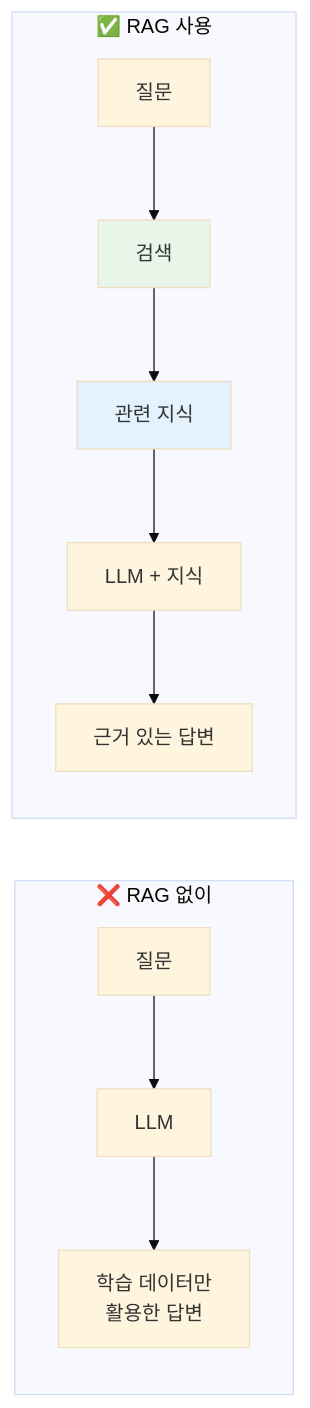
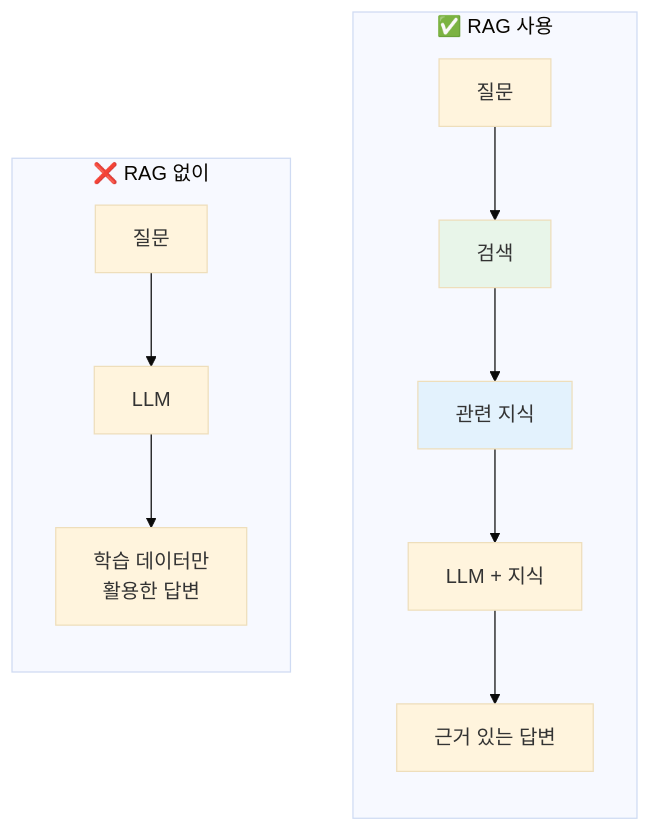
One commit to Gyeom/dev-notes changed the first of 10 diagrams in content/posts/2025-10-05-rag-system-design-guide.md. Above: the diagram before and after it, drawn with Mermaid (base theme). The commit also changed 1 other file, not shown here.

Commit message:
Update: Claude Flow 포스트 리라이팅 및 RAG 다이어그램 수정
- Claude Flow: 개발 배경 재구성, 설계 원칙 명확화
- Claude Flow: Slack Socket Mode, n8n 스케줄러 설명 추가
- Claude Flow: 결과/한계 섹션 분리, Bedrock 연동 대안 언급
- RAG: subgraph 가로 배치 적용

````diff
--- a/content/posts/2025-10-05-rag-system-design-guide.md
+++ b/content/posts/2025-10-05-rag-system-design-guide.md
@@ -17,17 +17,19 @@
 ```mermaid
 flowchart LR
     subgraph Without["❌ RAG 없이"]
         Q1["질문"] --> L1["LLM"]
         L1 --> A1["학습 데이터만<br/>활용한 답변"]
     end
 
     subgraph With["✅ RAG 사용"]
         Q2["질문"] --> R["검색"]
         R --> K["관련 지식"]
         K --> L2["LLM + 지식"]
         L2 --> A2["근거 있는 답변"]
     end
 
+    Without ~~~ With
+
     style R fill:#E8F5E9
     style K fill:#E3F2FD
 ```
````
